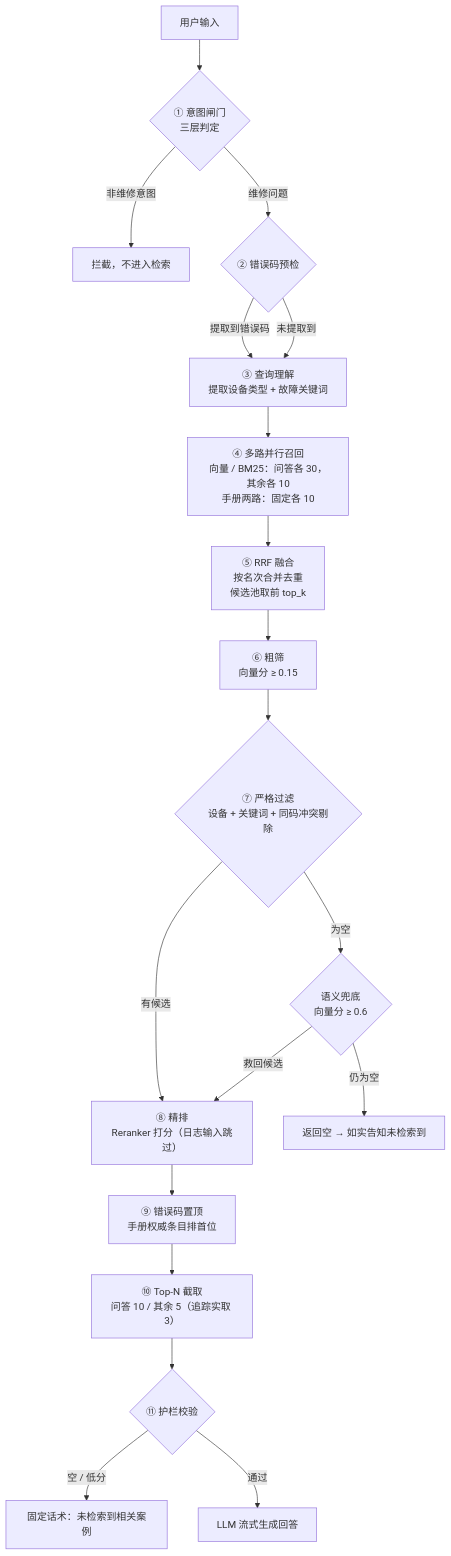
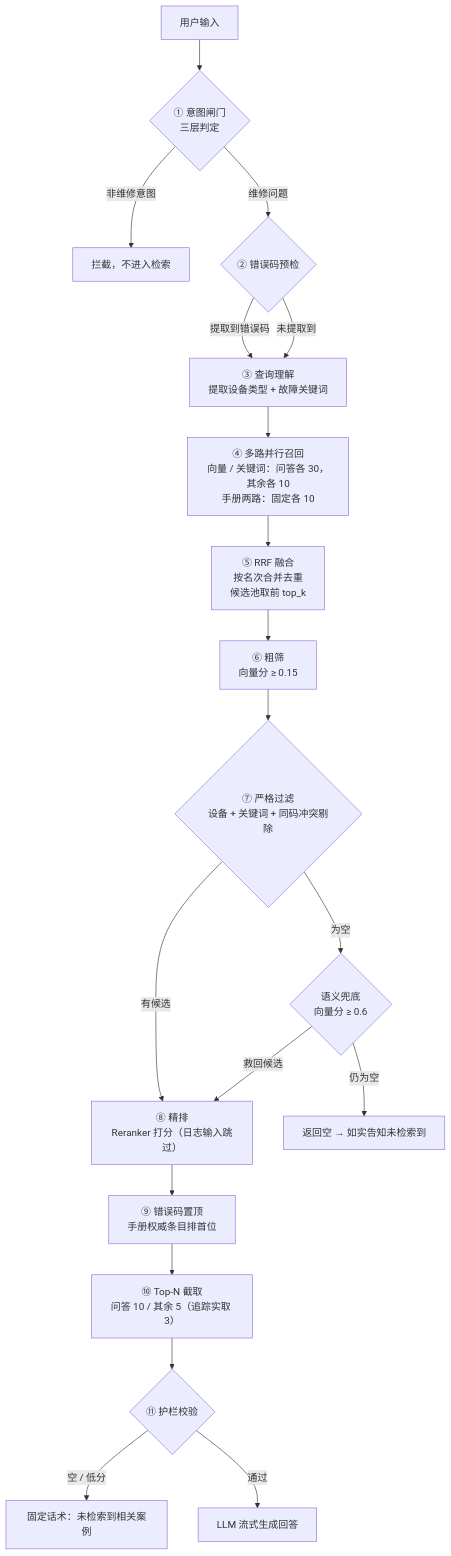
One commit to SHUN-EI/Car-Repair-System changed the second of 9 diagrams in 项目说明/检索链路讲解稿_含钉钉模块.md. Above: the diagram before and after it, drawn with Mermaid. The commit also changed other lines of this file and 34 other files, not shown here.

````diff
--- a/项目说明/检索链路讲解稿_含钉钉模块.md
+++ b/项目说明/检索链路讲解稿_含钉钉模块.md
@@ -193,21 +193,21 @@
 ```mermaid
 flowchart TD
     IN["用户输入"] --> GATE{"① 意图闸门<br/>三层判定"}
     GATE -->|"非维修意图"| BLOCK["拦截，不进入检索"]
     GATE -->|"维修问题"| CODE{"② 错误码预检"}
     CODE -->|"提取到错误码"| QE["③ 查询理解<br/>提取设备类型 + 故障关键词"]
     CODE -->|"未提取到"| QE
-    QE --> RECALL["④ 多路并行召回<br/>向量 / BM25：问答各 30，其余各 10<br/>手册两路：固定各 10"]
+    QE --> RECALL["④ 多路并行召回<br/>向量 / 关键词：问答各 30，其余各 10<br/>手册两路：固定各 10"]
     RECALL --> RRF["⑤ RRF 融合<br/>按名次合并去重<br/>候选池取前 top_k"]
     RRF --> COARSE["⑥ 粗筛<br/>向量分 ≥ 0.15"]
     COARSE --> STRICT{"⑦ 严格过滤<br/>设备 + 关键词 + 同码冲突剔除"}
     STRICT -->|"有候选"| RERANK["⑧ 精排<br/>Reranker 打分（日志输入跳过）"]
     STRICT -->|"为空"| RESCUE{"语义兜底<br/>向量分 ≥ 0.6"}
     RESCUE -->|"救回候选"| RERANK
     RESCUE -->|"仍为空"| EMPTY["返回空 → 如实告知未检索到"]
     RERANK --> PIN["⑨ 错误码置顶<br/>手册权威条目排首位"]
     PIN --> TOPN["⑩ Top-N 截取<br/>问答 10 / 其余 5（追踪实取 3）"]
     TOPN --> GUARD{"⑪ 护栏校验"}
     GUARD -->|"空 / 低分"| EMPTY2["固定话术：未检索到相关案例"]
     GUARD -->|"通过"| LLM["LLM 流式生成回答"]
 ```
````
